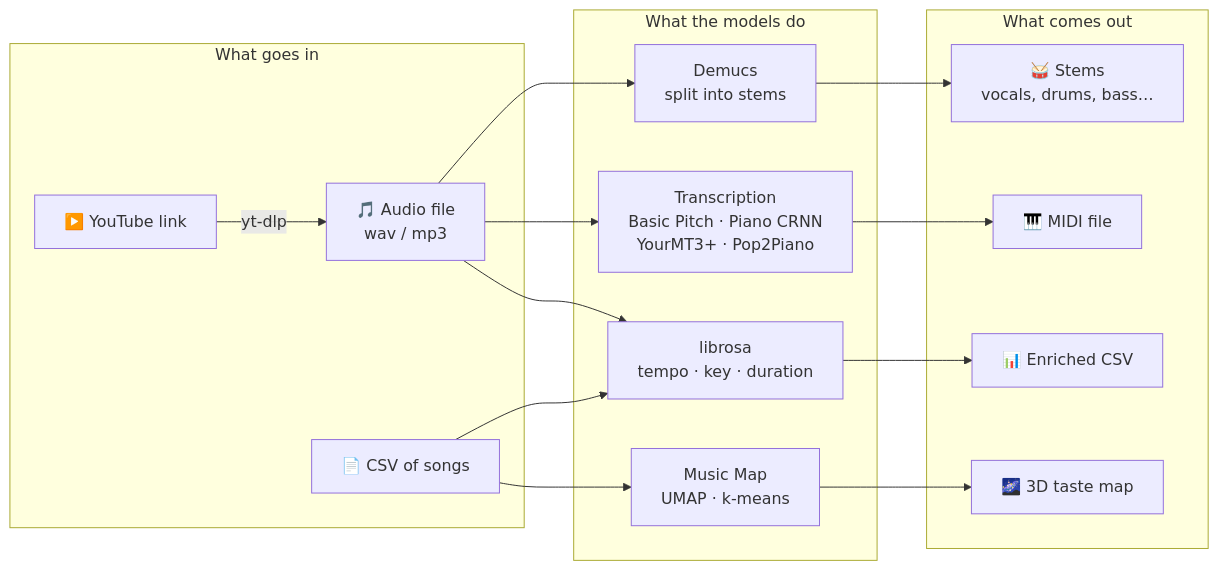
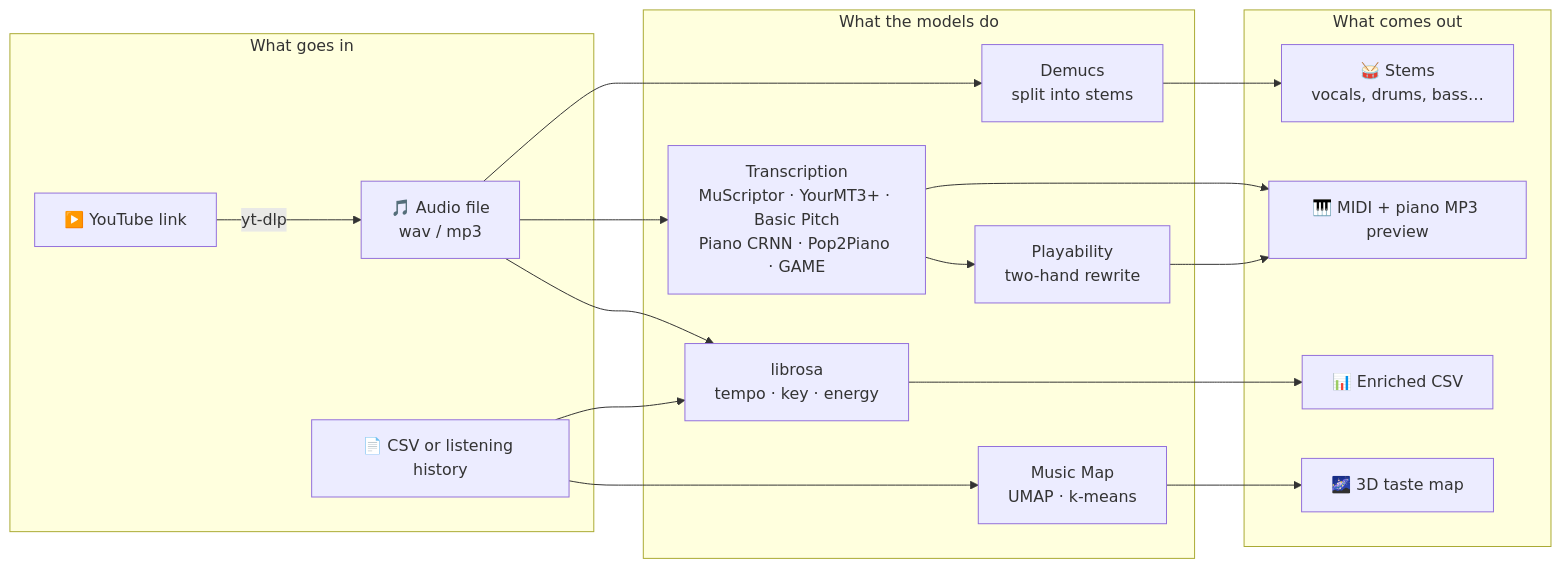
The first of 9 diagrams in docs/how-it-works.md (agangdut/supermusic), drawn with Mermaid before and after one commit. The commit also changed other lines of this file and 15 other files, not shown here.

````diff
--- a/docs/how-it-works.md
+++ b/docs/how-it-works.md
@@ -24,26 +25,28 @@
 ```mermaid
 flowchart LR
     subgraph In["What goes in"]
         A[🎵 Audio file<br/>wav / mp3]
         Y[▶️ YouTube link]
-        C[📄 CSV of songs]
+        C[📄 CSV or listening history]
     end
     subgraph ML["What the models do"]
         D[Demucs<br/>split into stems]
-        T[Transcription<br/>Basic Pitch · Piano CRNN<br/>YourMT3+ · Pop2Piano]
-        L[librosa<br/>tempo · key · duration]
+        T[Transcription<br/>MuScriptor · YourMT3+ · Basic Pitch<br/>Piano CRNN · Pop2Piano · GAME]
+        P[Playability<br/>two-hand rewrite]
+        L[librosa<br/>tempo · key · energy]
         M[Music Map<br/>UMAP · k-means]
     end
     subgraph Out["What comes out"]
         S[🥁 Stems<br/>vocals, drums, bass…]
-        MI[🎹 MIDI file]
+        MI[🎹 MIDI + piano MP3 preview]
         F[📊 Enriched CSV]
         MAP[🌌 3D taste map]
     end
     Y -- yt-dlp --> A
     A --> D --> S
     A --> T --> MI
+    T --> P --> MI
     A --> L --> F
     C --> L
     C --> M --> MAP
 ```
````
